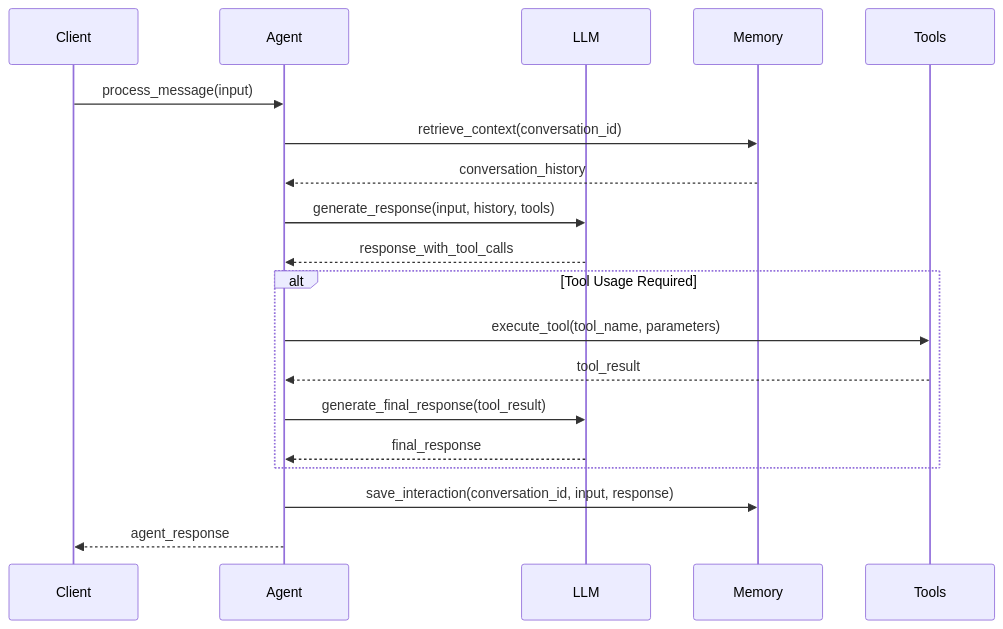
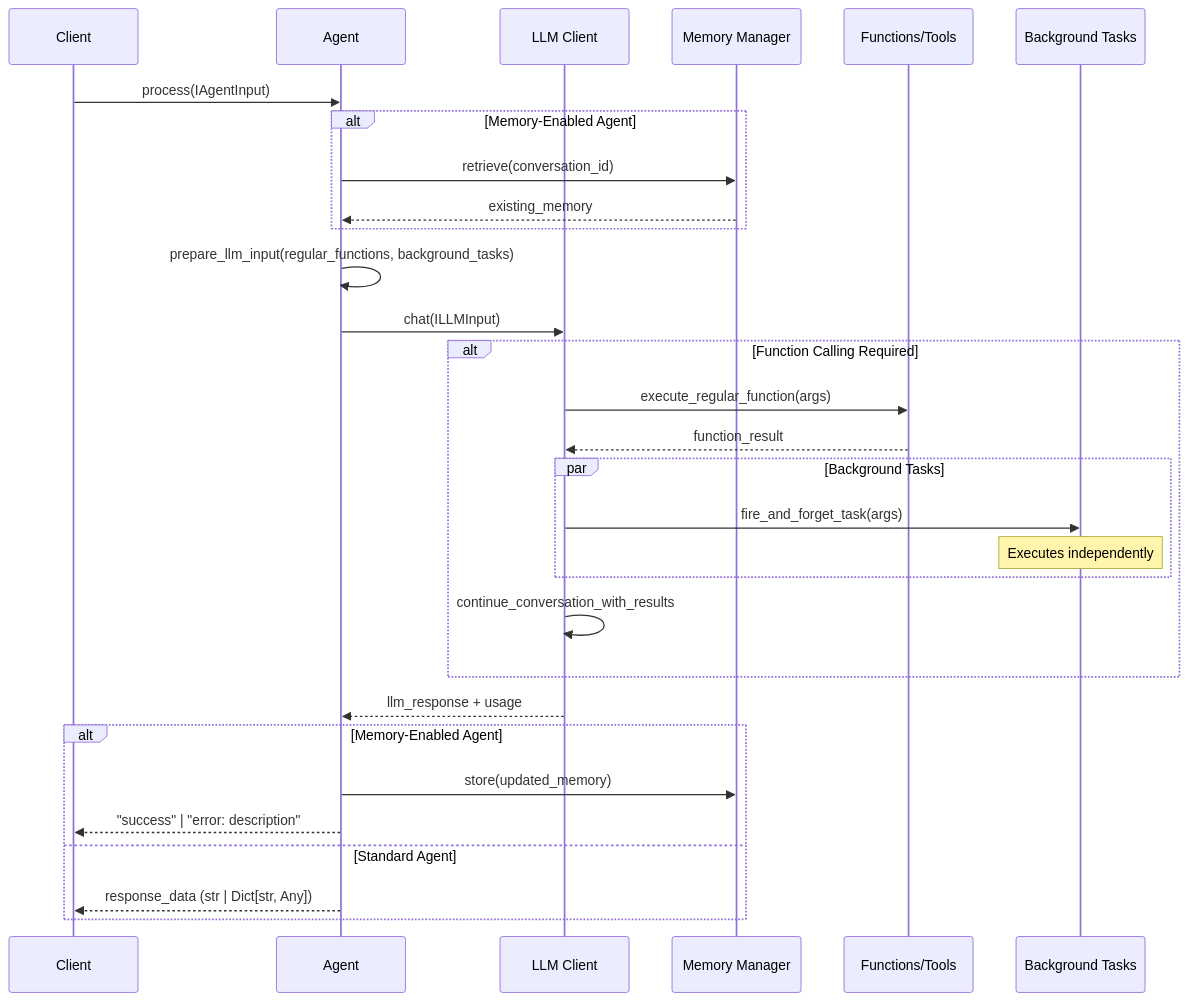
The sixth of 9 diagrams in docs/technical/architecture.md (nimunzn/arshai), drawn with Mermaid before and after one commit. The commit also changed other lines of this file, not shown here.

First line of the commit message:
docs: update main architecture documentation with agent system integration

````diff
--- a/docs/technical/architecture.md
+++ b/docs/technical/architecture.md
@@ -309,24 +410,40 @@
 ```mermaid
 sequenceDiagram
     participant C as Client
     participant A as Agent
-    participant L as LLM
-    participant M as Memory
-    participant T as Tools
+    participant L as LLM Client
+    participant M as Memory Manager
+    participant F as Functions/Tools
+    participant B as Background Tasks
     
-    C->>A: process_message(input)
-    A->>M: retrieve_context(conversation_id)
-    M-->>A: conversation_history
-    A->>L: generate_response(input, history, tools)
-    L-->>A: response_with_tool_calls
+    C->>A: process(IAgentInput)
     
-    alt Tool Usage Required
-        A->>T: execute_tool(tool_name, parameters)
-        T-->>A: tool_result
-        A->>L: generate_final_response(tool_result)
-        L-->>A: final_response
+    alt Memory-Enabled Agent
+        A->>M: retrieve(conversation_id)
+        M-->>A: existing_memory
     end
     
-    A->>M: save_interaction(conversation_id, input, response)
-    A-->>C: agent_response
+    A->>A: prepare_llm_input(regular_functions, background_tasks)
+    A->>L: chat(ILLMInput)
+    
+    alt Function Calling Required
+        L->>F: execute_regular_function(args)
+        F-->>L: function_result
+        
+        par Background Tasks
+            L->>B: fire_and_forget_task(args)
+            Note over B: Executes independently
+        end
+        
+        L->>L: continue_conversation_with_results
+    end
+    
+    L-->>A: llm_response + usage
+    
+    alt Memory-Enabled Agent
+        A->>M: store(updated_memory)
+        A-->>C: "success" | "error: description"
+    else Standard Agent
+        A-->>C: response_data (str | Dict[str, Any])
+    end
 ```
````
